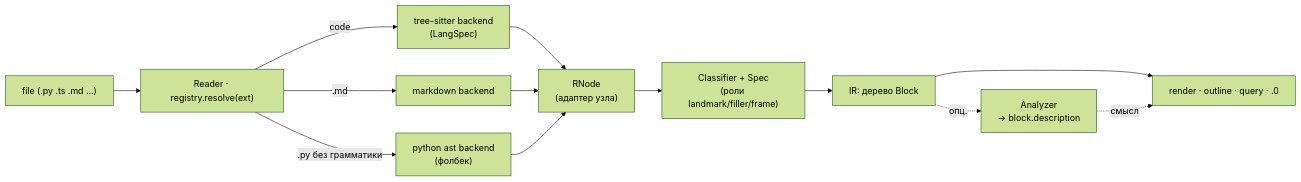
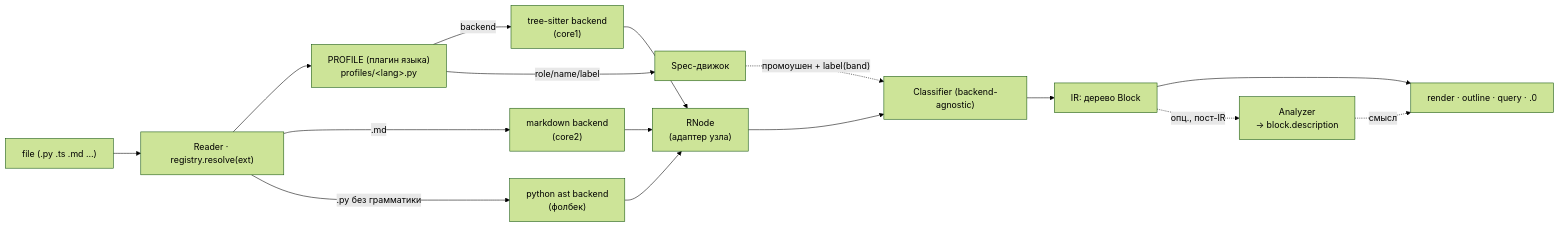
One commit to seneelya/Project-Context-Box-Tools changed the diagram in get_codeblock/reader/CONTRACT.md. Above: the diagram before and after it, drawn with Mermaid (forest theme). The commit also changed other lines of this file, not shown here.

Commit message:
reader/CONTRACT: document profiles/ + label(band), update diagram/recipe A

````diff
--- a/get_codeblock/reader/CONTRACT.md
+++ b/get_codeblock/reader/CONTRACT.md
@@ -10,15 +10,18 @@
 ```mermaid
 flowchart LR
   F["file (.py .ts .md …)"] --> R["Reader · registry.resolve(ext)"]
-  R -->|code| TS["tree-sitter backend<br/>(LangSpec)"]
-  R -->|.md| MD["markdown backend"]
+  R --> P["PROFILE (плагин языка)<br/>profiles/&lt;lang&gt;.py"]
+  P -->|backend| TS["tree-sitter backend<br/>(core1)"]
+  R -->|.md| MD["markdown backend<br/>(core2)"]
   R -->|.py без грамматики| AST["python ast backend<br/>(фолбек)"]
   TS --> N["RNode<br/>(адаптер узла)"]
   MD --> N
   AST --> N
-  N --> C["Classifier + Spec<br/>(роли landmark/filler/frame)"]
+  P -->|"role/name/label"| SP["Spec-движок"]
+  N --> C["Classifier (backend-agnostic)"]
+  SP -. "промоушен + label(band)" .-> C
   C --> IR["IR: дерево Block"]
   IR --> OUT["render · outline · query · .0"]
-  IR -. "опц." .-> AN["Analyzer<br/>→ block.description"]
+  IR -. "опц., пост-IR" .-> AN["Analyzer<br/>→ block.description"]
   AN -. "смысл" .-> OUT
 ```
````
